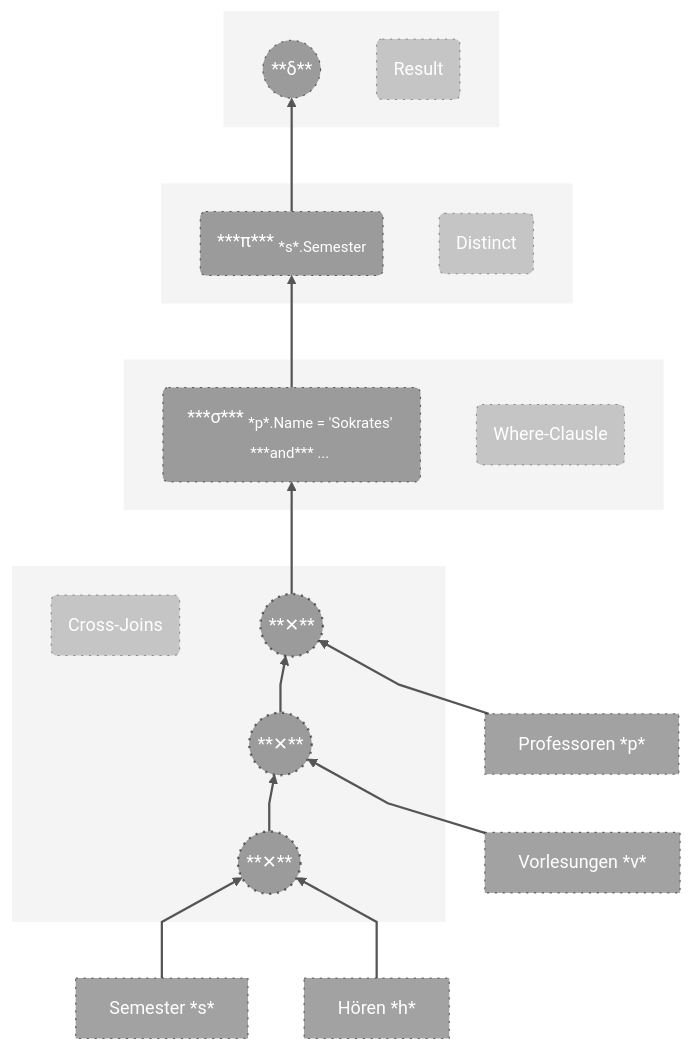
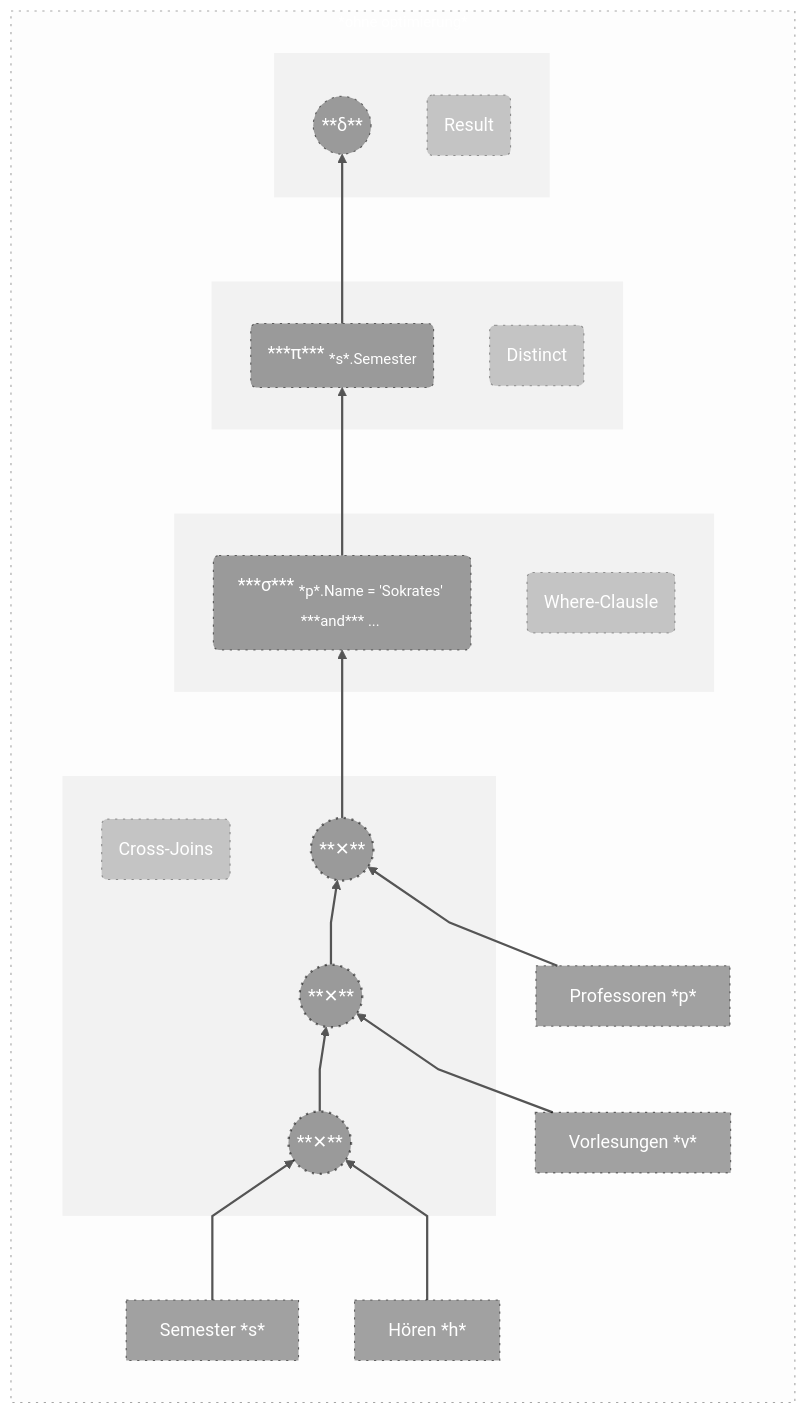
One commit to IxI-Enki/DbiTheorie-001 changed the diagram in diagrams/logische-optimierung.md. Above: the diagram before and after it, drawn with Mermaid (neutral theme).

````diff
--- a/diagrams/logische-optimierung.md
+++ b/diagrams/logische-optimierung.md
@@ -4,70 +4,74 @@
 ```mermaid
 %%{init: { "flowchart": { "curve": "linear" } } }%%
 
 flowchart BT
+  classDef steps fill:#00000002, stroke:#0000005a, stroke-width:1px, color:#fff, stroke-dasharray: 2 5;
+
+  subgraph step0[<sup>*ohne optimierung*</sup>]
+    direction BT
   classDef cross fill:#0000005d, stroke:#0000008a, stroke-width:2px, color:#fff, stroke-dasharray: 2 5;
   classDef node fill:#0000005d, stroke:#0000008a, stroke-width:1px, color:#fff, stroke-dasharray: 2 5;
   classDef sub fill:#0000000b, stroke:#ffffff0e, stroke-width:1px, color:#fff;
   classDef note fill:#00000031, stroke:#0000005a, stroke-width:1px, color:#fff, stroke-dasharray: 2 5;
 
   noteX
   0((**δ**))
   1(***π*** <sub>*s*.Semester</sub>)
   2(***σ*** <sub>*p*.Name = 'Sokrates' ***and*** ... </sub>)
   p[Professoren *p*]
   s[Semester *s*]
   h[Hören *h*]
   v[Vorlesungen *v*]
    x((**✕**))
   x2((**✕**))
   x3((**✕**))
   
   class x,x2,x3 cross;
   class 0,1,2,p,v,s,h node;
   %% 0  
   1  --> 0        
   %% 1      
   2  --> 1        
   %% 2      
   x  --> 2        
   %% 3      
   x2 --> x        
   %% 4      
   x3 --> x2       
   %% 5      
   v  --> x2       
   %% 6      
   p  --> x        
   %% 7      
   s  --> x3       
   %% 8      
   h  --> x3       
   linkStyle 0,1,2,3,4,5,6,7,8 fill:none, stroke:#555, stroke-width:2px, color:white;
   
   
   subgraph sub0 [" "]
     0
     note( Result )
   end
   subgraph sub1 [" "]
     1
     note1( Distinct )
   end
   subgraph sub2 [" "]
     2
     note2( Where-Clausle )
   end
  
   subgraph subX [" "]
     noteX( Cross-Joins )
     x  
     x2
     x3
   end
+  class sub0,sub1,sub2,subP,subV,subS,subH,subX sub;
   class note,note1,note2,noteH,noteS,noteV,noteP,noteX note;
-  class sub0,sub1,sub2,subP,subV,subS,subH,subX sub;
-
-
+end
+class step0 steps;
 
   
 ```
````
